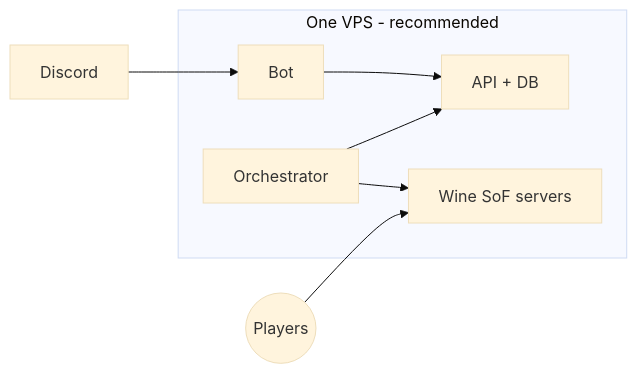
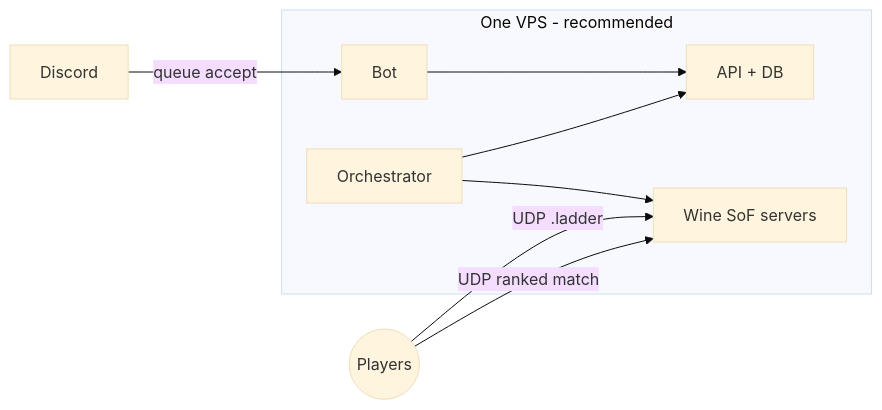
Before and after one commit to d3nd3/sof-ladder: the eighth of 13 diagrams in README.md, drawn with Mermaid (base theme). The commit also changed other lines of this file, not shown here.

````diff
--- a/README.md
+++ b/README.md
@@ -231,14 +308,15 @@
 ```mermaid
 flowchart LR
   subgraph one_vps [One VPS - recommended]
     Bot1[Bot]
     API1[API + DB]
     Orch1[Orchestrator]
     Game1[Wine SoF servers]
   end
-  Discord[Discord] --> Bot1
+  Discord[Discord] -->|queue accept| Bot1
   Bot1 --> API1
   Orch1 --> API1
   Orch1 --> Game1
-  Players((Players)) --> Game1
+  Players((Players)) -->|UDP .ladder| Game1
+  Players -->|UDP ranked match| Game1
 ```
````
